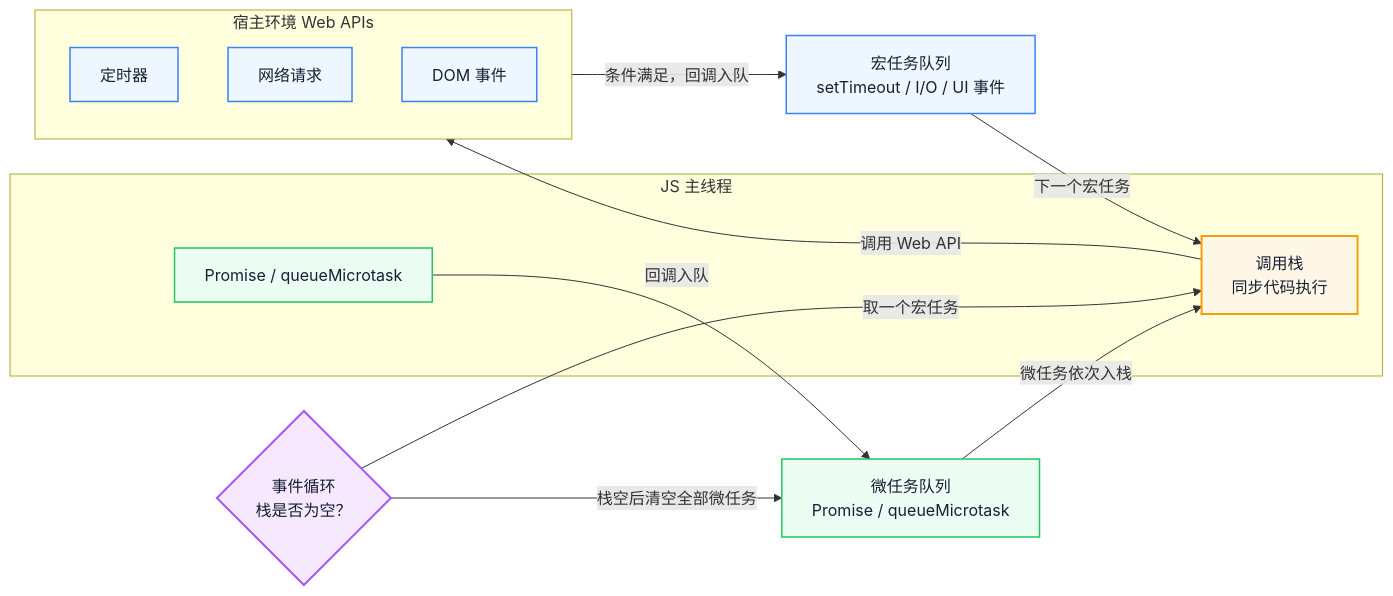
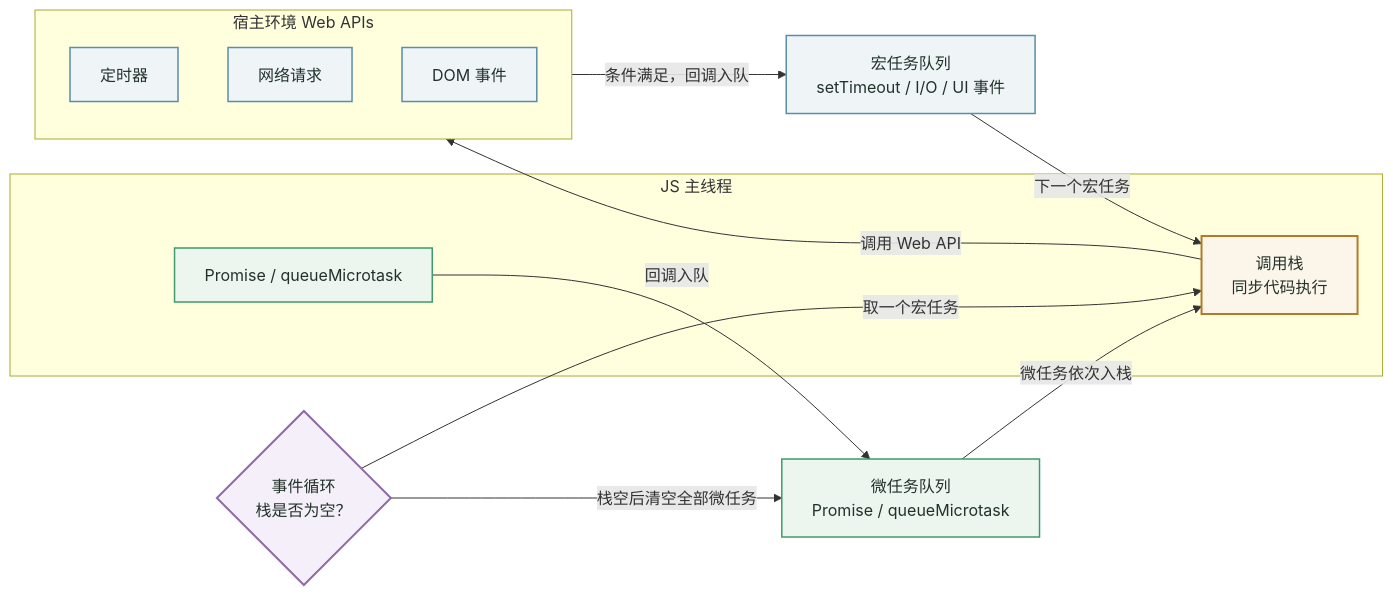
The first of 3 diagrams in docs/javascript/async-evolution.md (Fatejian/frontier-vault), drawn with Mermaid before and after one commit. The commit also changed 63 other files, not shown here.

````diff
--- a/docs/javascript/async-evolution.md
+++ b/docs/javascript/async-evolution.md
@@ -65,34 +65,34 @@
 ```mermaid
 flowchart LR
     subgraph JS["JS 主线程"]
         Stack["调用栈<br/>同步代码执行"]
         Micro["Promise / queueMicrotask"]
     end
 
     subgraph Host["宿主环境 Web APIs"]
         Timer["定时器"]
         Net["网络请求"]
         DOM["DOM 事件"]
     end
 
     MQ["宏任务队列<br/>setTimeout / I/O / UI 事件"]
     uQ["微任务队列<br/>Promise / queueMicrotask"]
 
     Stack -- "调用 Web API" --> Host
     Host -- "条件满足，回调入队" --> MQ
     Micro -- "回调入队" --> uQ
 
     Loop{"事件循环<br/>栈是否为空？"} -- "取一个宏任务" --> Stack
     Loop -- "栈空后清空全部微任务" --> uQ
     uQ -- "微任务依次入栈" --> Stack
     MQ -- "下一个宏任务" --> Stack
 
-    classDef wait fill:#EEF6FF,stroke:#3B82F6,color:#172033,stroke-width:1.5px;
-    classDef work fill:#ECFDF3,stroke:#22C55E,color:#172033,stroke-width:1.5px;
-    classDef metric fill:#F5E8FF,stroke:#A855F7,color:#172033,stroke-width:2px;
-    classDef block fill:#FFF7E6,stroke:#F59E0B,color:#172033,stroke-width:2px;
+    classDef wait fill:#EFF5F7,stroke:#5B8CA8,color:#22322B,stroke-width:1.5px;
+    classDef work fill:#EDF5EF,stroke:#3E9B6B,color:#22322B,stroke-width:1.5px;
+    classDef metric fill:#F4EFF8,stroke:#8E6BA8,color:#22322B,stroke-width:2px;
+    classDef block fill:#FBF5EA,stroke:#B27B2C,color:#22322B,stroke-width:2px;
     class Stack block;
     class Timer,Net,DOM,MQ wait;
     class Micro,uQ work;
     class Loop metric;
 ```
````
